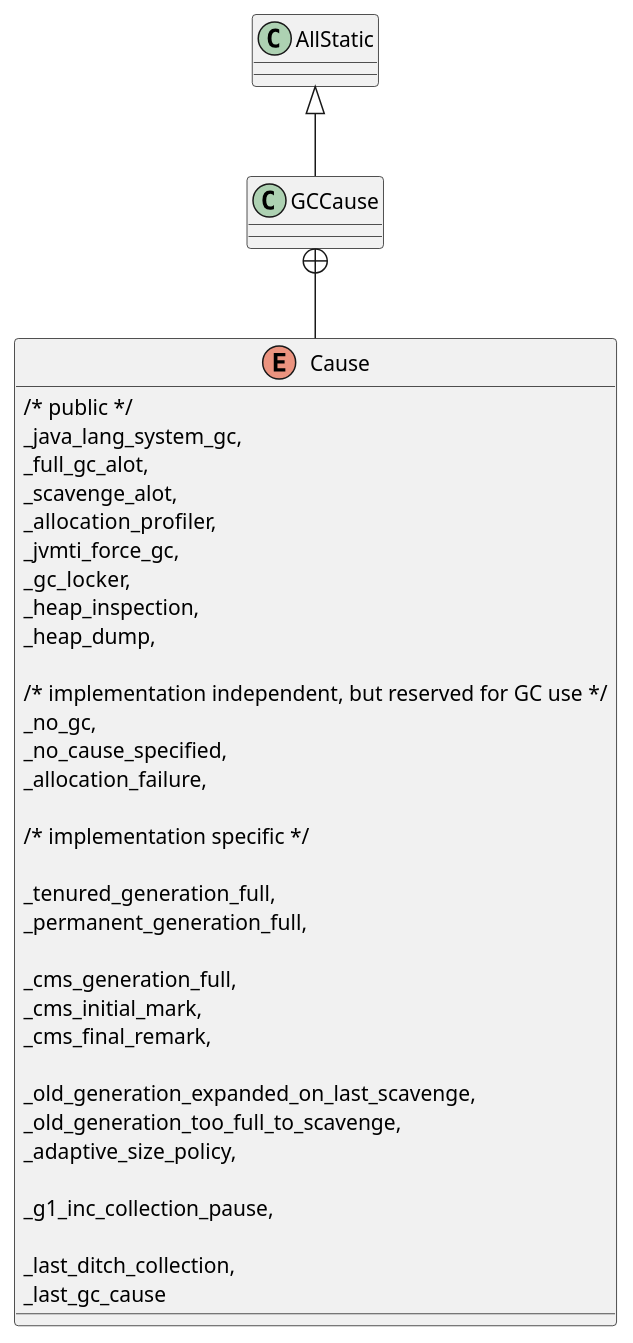
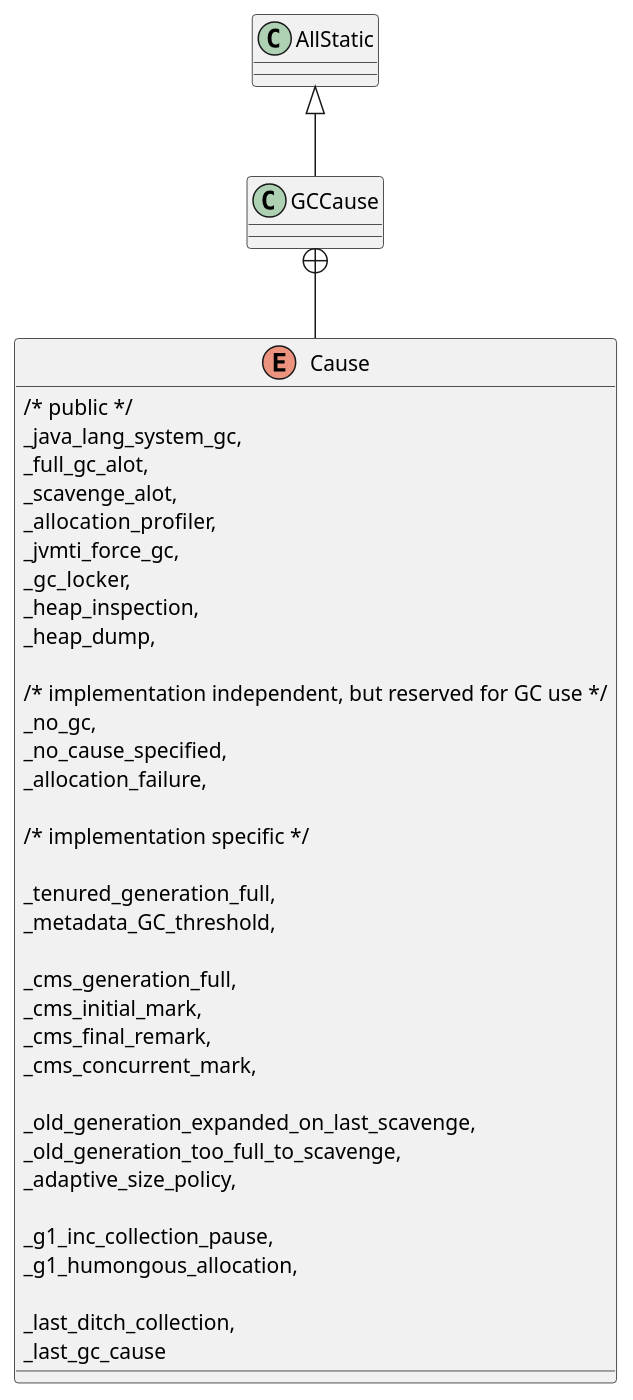
One commit to onlyonion/development changed the diagram in 10-java/src/openjdk/hotspot.src/share.vm/gc_inferface/gcCause.md. Above: the diagram before and after it, drawn with PlantUML. The commit also changed 73 other files, not shown here.

````diff
--- a/10-java/src/openjdk/hotspot.src/share.vm/gc_inferface/gcCause.md
+++ b/10-java/src/openjdk/hotspot.src/share.vm/gc_inferface/gcCause.md
@@ -3,46 +3,48 @@
 ```plantuml
 @startuml
 
 AllStatic ^-- GCCause
 
 class GCCause
 
 GCCause +-- Cause
 
 enum Cause {
     /* public */
     _java_lang_system_gc,
     _full_gc_alot,
     _scavenge_alot,
     _allocation_profiler,
     _jvmti_force_gc,
     _gc_locker,
     _heap_inspection,
     _heap_dump,
 
     /* implementation independent, but reserved for GC use */
     _no_gc,
     _no_cause_specified,
     _allocation_failure,
 
     /* implementation specific */
 
     _tenured_generation_full,
-    _permanent_generation_full,
+    _metadata_GC_threshold,
 
     _cms_generation_full,
     _cms_initial_mark,
     _cms_final_remark,
+    _cms_concurrent_mark,
 
     _old_generation_expanded_on_last_scavenge,
     _old_generation_too_full_to_scavenge,
     _adaptive_size_policy,
 
     _g1_inc_collection_pause,
+    _g1_humongous_allocation,
 
     _last_ditch_collection,
     _last_gc_cause
   }
 
 @enduml
 ```
````
